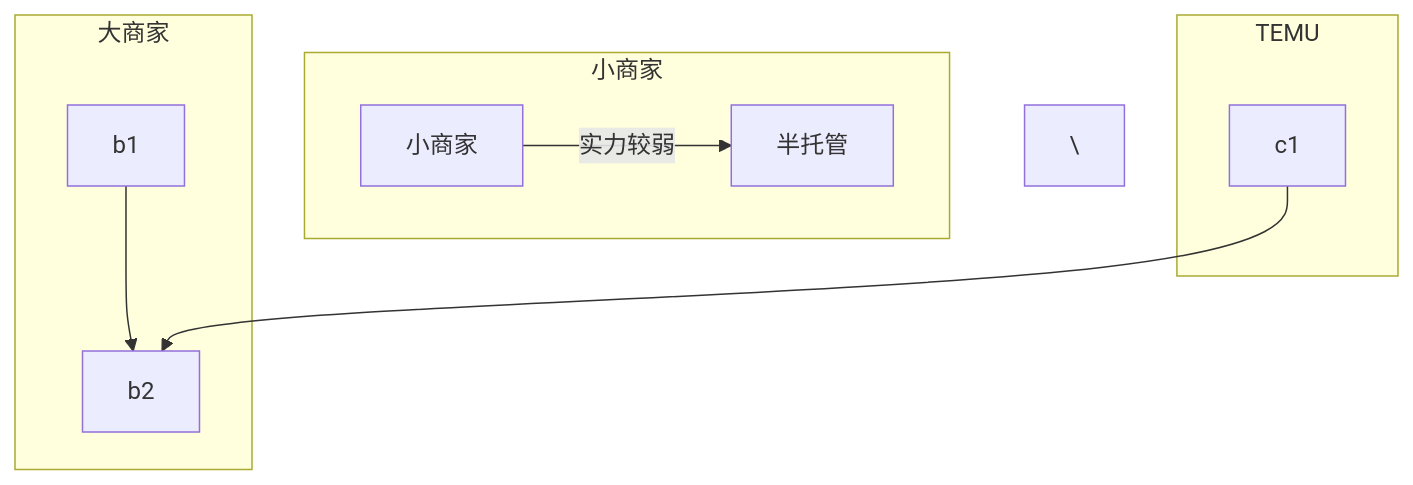
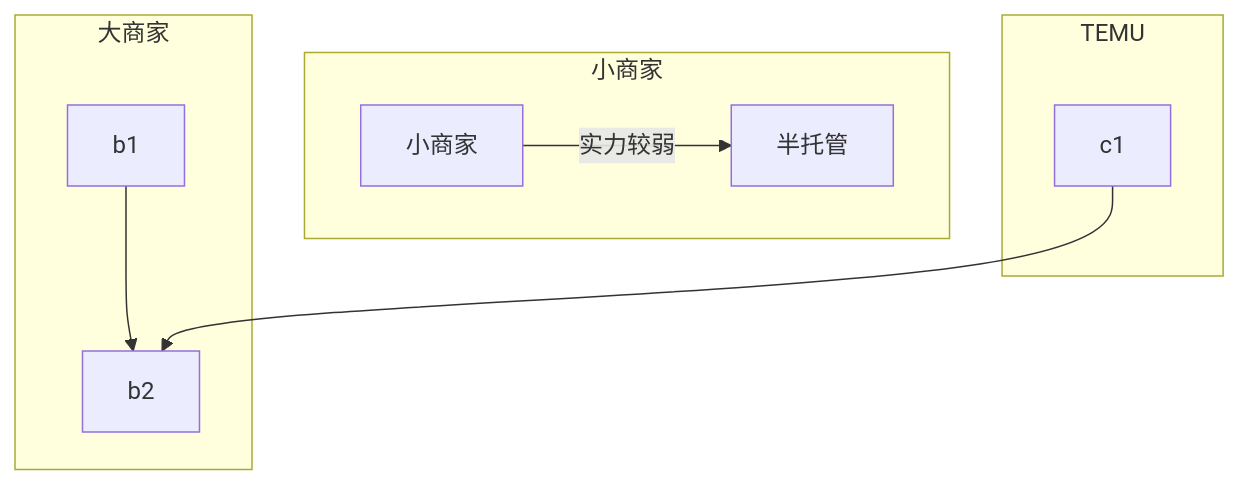
The diagram in all/TEMU链路图.md (Zora0203/iodraw-files), drawn with Mermaid before and after one commit.

Commit message:
2024-12-06 16:31:45 update

````diff
--- a/all/TEMU链路图.md
+++ b/all/TEMU链路图.md
@@ -1,13 +1,15 @@
 ```mermaid
 flowchart TB
 
     subgraph 小商家
     a1[小商家]--实力较弱-->ban[半托管]
-    end\
+    end
+
+
     subgraph 大商家
     b1-->b2
     end
     subgraph TEMU
     c1-->b2
     end
 ```
````
